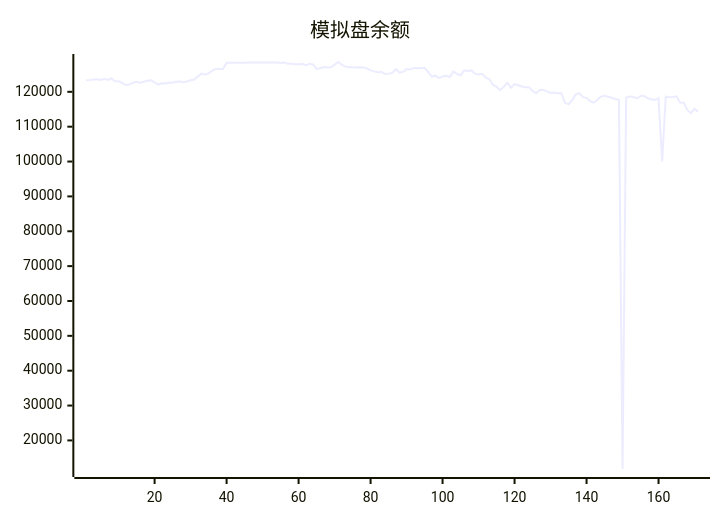
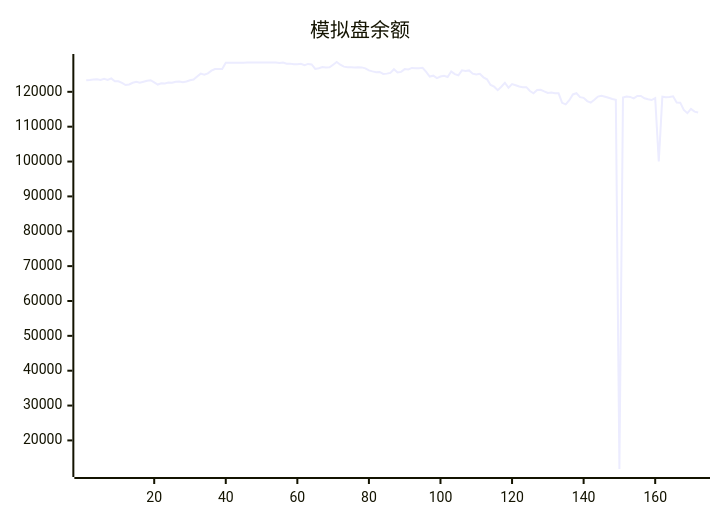
The diagram in README.md (aahl/ai-trading), drawn with Mermaid before and after one commit. The commit also changed other lines of this file and 1 other file, not shown here.

````diff
--- a/README.md
+++ b/README.md
@@ -5,5 +5,5 @@
 ```mermaid
 xychart
     title "模拟盘余额"
-    line [123338,123402,123530,123592,123378,123745,123413,123853,123009,123040,122557,121938,122095,122599,122856,122597,122898,123160,123319,122719,122087,122454,122416,122685,122592,122907,122961,122776,122981,123295,123507,124403,125224,124894,125303,126088,126544,126534,126549,128335,128318,128318,128318,128318,128318,128424,128424,128424,128424,128424,128424,128424,128424,128424,128247,128412,128062,128087,127917,127901,128026,127611,128000,127850,126572,126770,127100,126971,127029,127783,128554,127765,127224,127064,127044,127009,127025,127004,126738,126152,125871,125635,125707,125117,125217,125420,126480,125545,125715,126511,126424,126856,126764,126788,126890,125710,124381,124632,123936,124402,124574,124256,125833,125070,124739,126154,125966,126145,125213,124943,125143,124157,123604,121959,121476,120476,121470,122610,121201,122221,121889,121522,121332,121344,120232,119559,120513,120577,120108,119680,119777,119572,119568,116839,116392,117573,119250,119585,118469,118277,117338,116897,117706,118628,118849,118579,118280,117926,117735,11802,118373,118639,118544,118136,118798,118819,118162,117874,117649,118215,100000,118601,118463,118517,118713,116911,116899,114798,113887,115084,114313]
+    line [123338,123402,123530,123592,123378,123745,123413,123853,123009,123040,122557,121938,122095,122599,122856,122597,122898,123160,123319,122719,122087,122454,122416,122685,122592,122907,122961,122776,122981,123295,123507,124403,125224,124894,125303,126088,126544,126534,126549,128335,128318,128318,128318,128318,128318,128424,128424,128424,128424,128424,128424,128424,128424,128424,128247,128412,128062,128087,127917,127901,128026,127611,128000,127850,126572,126770,127100,126971,127029,127783,128554,127765,127224,127064,127044,127009,127025,127004,126738,126152,125871,125635,125707,125117,125217,125420,126480,125545,125715,126511,126424,126856,126764,126788,126890,125710,124381,124632,123936,124402,124574,124256,125833,125070,124739,126154,125966,126145,125213,124943,125143,124157,123604,121959,121476,120476,121470,122610,121201,122221,121889,121522,121332,121344,120232,119559,120513,120577,120108,119680,119777,119572,119568,116839,116392,117573,119250,119585,118469,118277,117338,116897,117706,118628,118849,118579,118280,117926,117735,11802,118373,118639,118544,118136,118798,118819,118162,117874,117649,118215,100000,118601,118463,118517,118713,116911,116899,114798,113887,115084,114313,114091]
 ```
````
